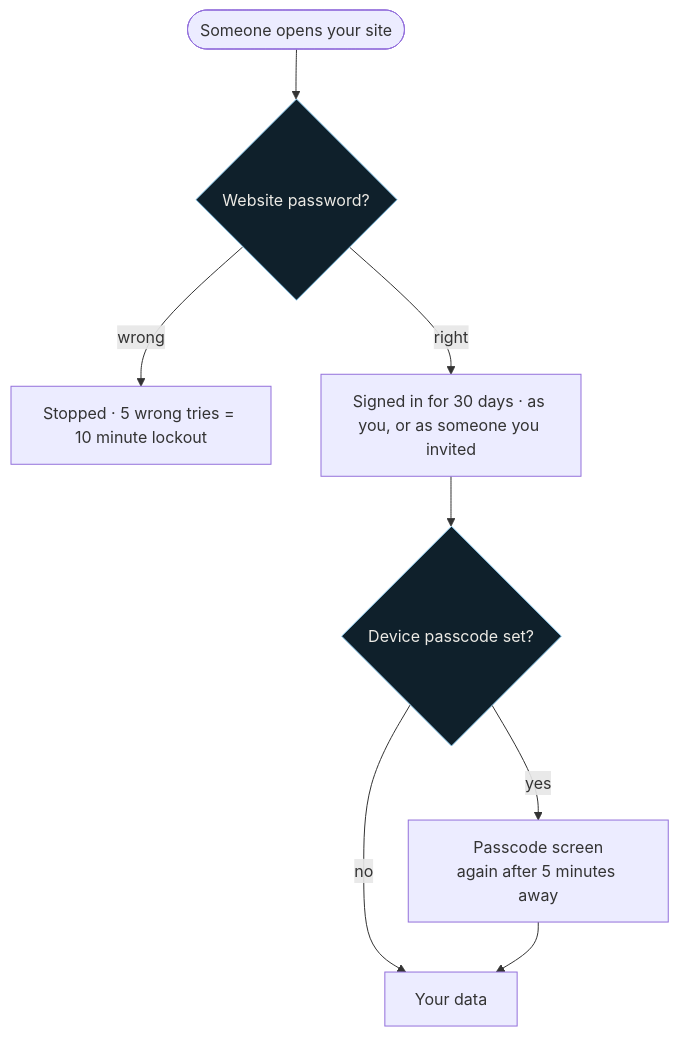
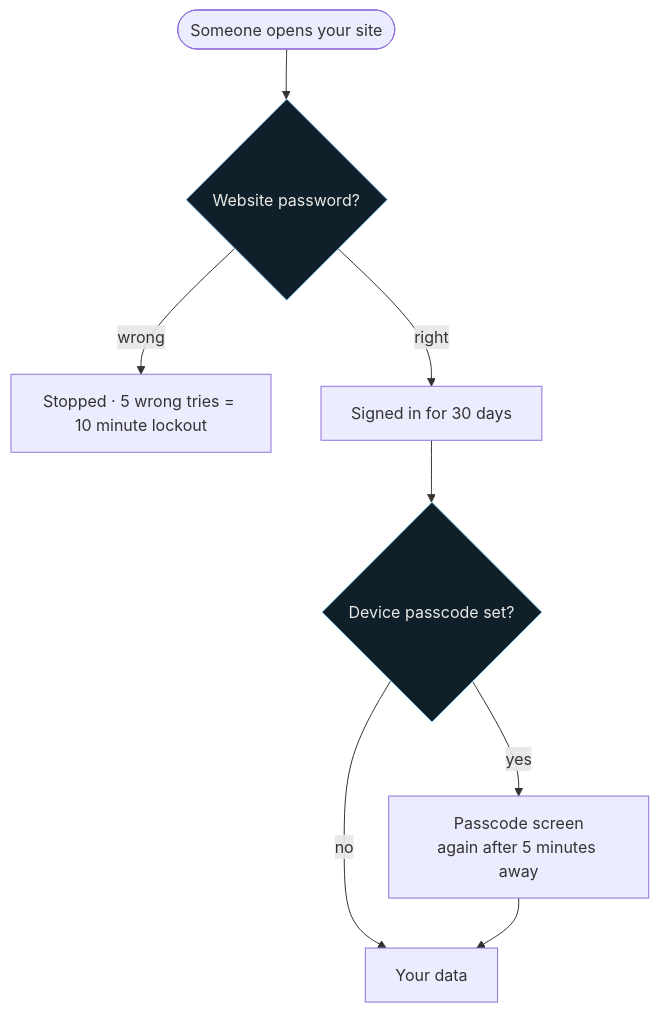
Diagram 12 of 12 in README.md (Happysingh1062003/alexender), drawn with Mermaid before and after one commit. The commit also changed other lines of this file and 30 other files, not shown here.

````diff
--- a/README.md
+++ b/README.md
@@ -475,13 +431,13 @@
 ```mermaid
 flowchart TB
   R([Someone opens your site]) --> P{Website password?}
   P -->|wrong| X[Stopped · 5 wrong tries = 10 minute lockout]
-  P -->|right| C[Signed in for 30 days · as you, or as someone you invited]
+  P -->|right| C[Signed in for 30 days]
   C --> L{Device passcode set?}
   L -->|yes| K[Passcode screen<br/>again after 5 minutes away]
   L -->|no| A
   K --> A[Your data]
 
   classDef crystal fill:#0f202b,stroke:#8ecdf2,color:#eceae5
   class P,L crystal
 ```
````
